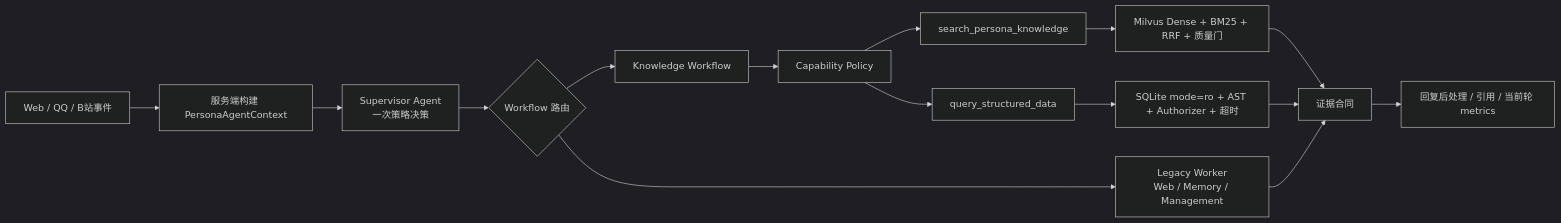
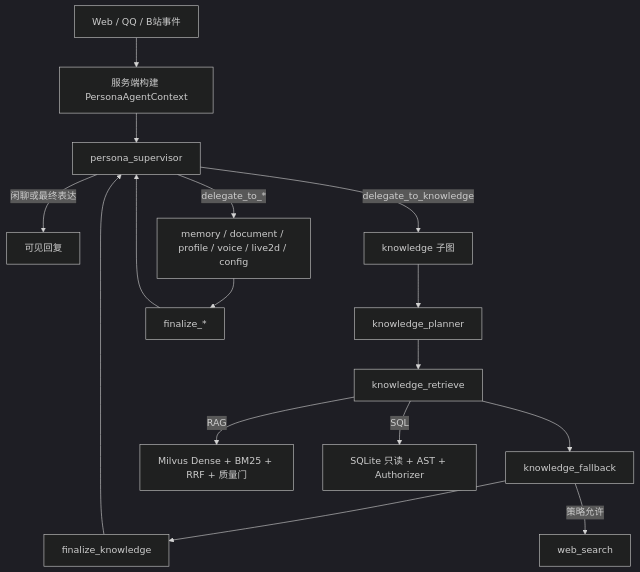
Before and after one commit to TKGEKKOU/yumeno: the diagram in docs/architecture/agent-rag-platform.md, drawn with Mermaid (dark theme). The commit also changed other lines of this file and 301 other files, not shown here.

````diff
--- a/docs/architecture/agent-rag-platform.md
+++ b/docs/architecture/agent-rag-platform.md
@@ -17,17 +21,18 @@
 ```mermaid
-flowchart LR
+graph TD
     U[Web / QQ / B站事件] --> C[服务端构建 PersonaAgentContext]
-    C --> S[Supervisor Agent\n一次策略决策]
-    S --> W{Workflow 路由}
-    W --> K[Knowledge Workflow]
-    W --> O[Legacy Worker\nWeb / Memory / Management]
-    K --> P[Capability Policy]
-    P --> T1[search_persona_knowledge]
-    P --> T2[query_structured_data]
-    T1 --> R[Milvus Dense + BM25 + RRF + 质量门]
-    T2 --> Q[SQLite mode=ro + AST + Authorizer + 超时]
-    R --> F[证据合同]
-    Q --> F
-    O --> F
-    F --> A[回复后处理 / 引用 / 当前轮 metrics]
+    C --> S[persona_supervisor]
+    S -->|闲聊或最终表达| A[可见回复]
+    S -->|delegate_to_knowledge| K[knowledge 子图]
+    K --> P[knowledge_planner]
+    P --> R[knowledge_retrieve]
+    R --> F[knowledge_fallback]
+    F --> FK[finalize_knowledge]
+    FK --> S
+    R -->|RAG| M[Milvus Dense + BM25 + RRF + 质量门]
+    R -->|SQL| Q[SQLite 只读 + AST + Authorizer]
+    F -->|策略允许| W[web_search]
+    S -->|delegate_to_*| O[memory / document / profile / voice / live2d / config]
+    O --> FZ[finalize_*]
+    FZ --> S
 ```
````
